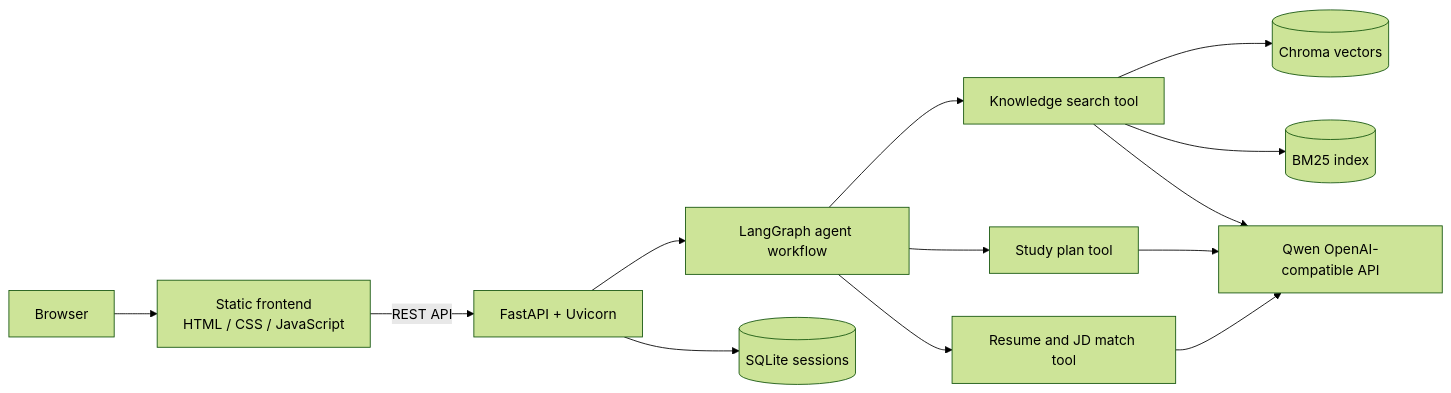
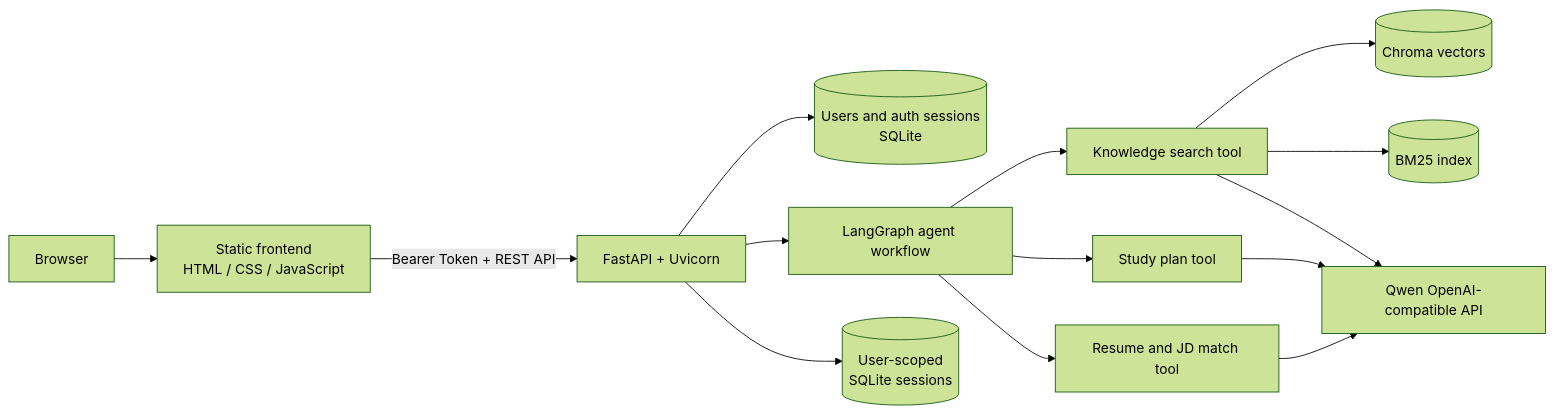
The first of 7 diagrams in docs/architecture.md (ky-river/rag-demo), drawn with Mermaid (forest theme) before and after one commit. The commit also changed other lines of this file and 27 other files, not shown here.

````diff
--- a/docs/architecture.md
+++ b/docs/architecture.md
@@ -5,15 +5,16 @@
 ```mermaid
 flowchart LR
     User[Browser] --> Frontend[Static frontend<br/>HTML / CSS / JavaScript]
-    Frontend -->|REST API| API[FastAPI + Uvicorn]
+    Frontend -->|Bearer Token + REST API| API[FastAPI + Uvicorn]
+    API --> Auth[(Users and auth sessions<br/>SQLite)]
     API --> Graph[LangGraph agent workflow]
     Graph --> Knowledge[Knowledge search tool]
     Graph --> Study[Study plan tool]
     Graph --> Match[Resume and JD match tool]
     Knowledge --> Chroma[(Chroma vectors)]
     Knowledge --> BM25[(BM25 index)]
-    API --> Sessions[(SQLite sessions)]
+    API --> Sessions[(User-scoped<br/>SQLite sessions)]
     Knowledge --> Model[Qwen OpenAI-compatible API]
     Study --> Model
     Match --> Model
 ```
````
